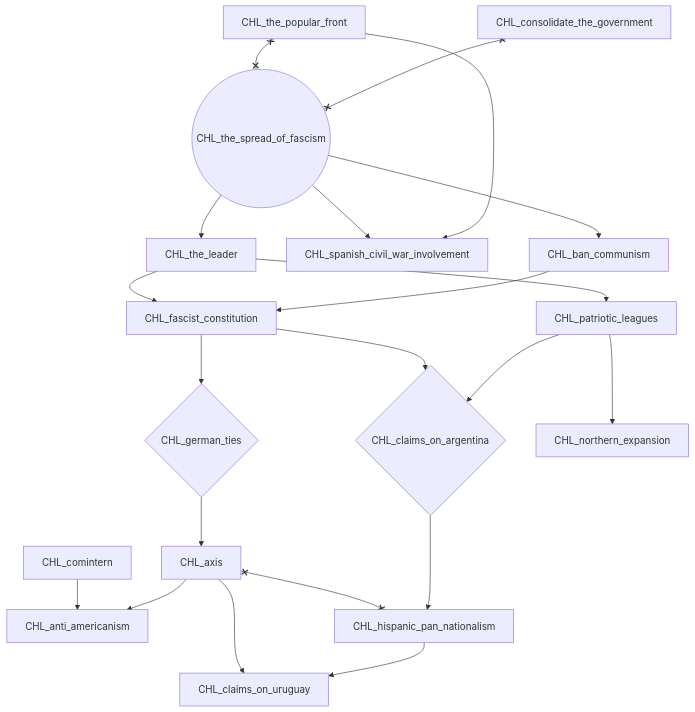
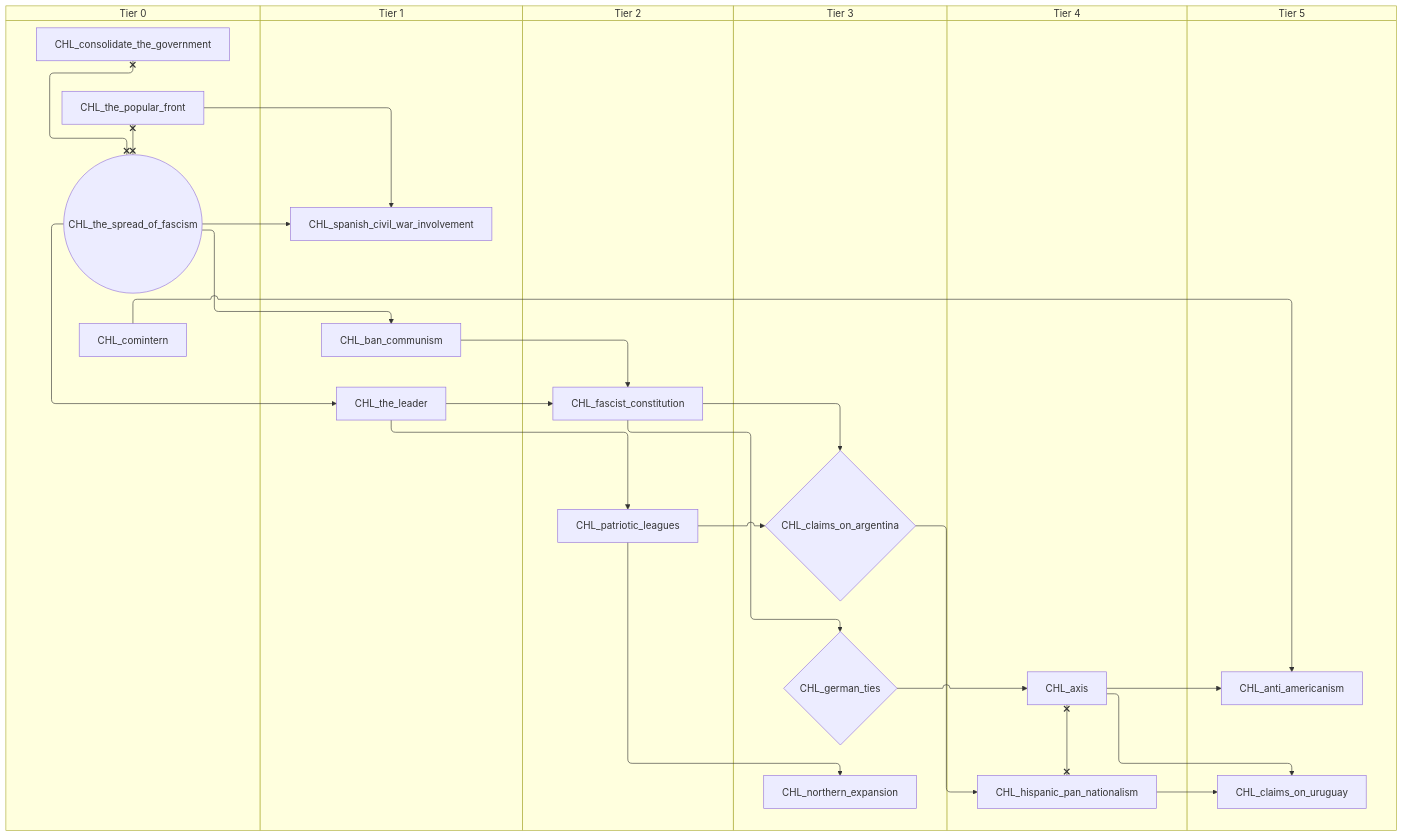
Before and after one commit to evgeny-sobol/hoi4-sandbox-mode-r56: the seventh of 7 diagrams in docs/gdd/National Focuses/r56/r56_chile.md, drawn with Mermaid. The commit also changed other lines of this file and 423 other files, not shown here.

First line of the commit message:
Re-export Rt56 focus trees as swimlane diagrams

````diff
--- a/docs/gdd/National Focuses/r56/r56_chile.md
+++ b/docs/gdd/National Focuses/r56/r56_chile.md
@@ -258,39 +336,51 @@
 ```mermaid
-flowchart TD
-    n65["CHL_anti_americanism"]
-    n66["CHL_axis"]
-    n83["CHL_ban_communism"]
-    n84{"CHL_claims_on_argentina"}
-    n85["CHL_claims_on_uruguay"]
-    n68["CHL_comintern"]
-    n3["CHL_consolidate_the_government"]
-    n86["CHL_fascist_constitution"]
-    n87{"CHL_german_ties"}
-    n88["CHL_hispanic_pan_nationalism"]
-    n89["CHL_northern_expansion"]
-    n90["CHL_patriotic_leagues"]
-    n81["CHL_spanish_civil_war_involvement"]
-    n91["CHL_the_leader"]
-    n11["CHL_the_popular_front"]
-    n12(("CHL_the_spread_of_fascism"))
-    n66 --> n65
-    n68 --> n65
-    n87 --> n66
-    n12 --> n83
-    n90 --> n84
-    n86 --> n84
-    n88 --> n85
-    n66 --> n85
-    n83 --> n86
-    n91 --> n86
+swimlane-beta TD
+    subgraph tier_0["Tier 0"]
+        n73["CHL_comintern"]
+        n1["CHL_consolidate_the_government"]
+        n3["CHL_the_popular_front"]
+        n4(("CHL_the_spread_of_fascism"))
+    end
+    subgraph tier_1["Tier 1"]
+        n83["CHL_ban_communism"]
+        n65["CHL_spanish_civil_war_involvement"]
+        n84["CHL_the_leader"]
+    end
+    subgraph tier_2["Tier 2"]
+        n85["CHL_fascist_constitution"]
+        n86["CHL_patriotic_leagues"]
+    end
+    subgraph tier_3["Tier 3"]
+        n87{"CHL_claims_on_argentina"}
+        n88{"CHL_german_ties"}
+        n89["CHL_northern_expansion"]
+    end
+    subgraph tier_4["Tier 4"]
+        n64["CHL_axis"]
+        n90["CHL_hispanic_pan_nationalism"]
+    end
+    subgraph tier_5["Tier 5"]
+        n75["CHL_anti_americanism"]
+        n91["CHL_claims_on_uruguay"]
+    end
+    n64 --> n75
+    n73 --> n75
+    n88 --> n64
+    n4 --> n83
     n86 --> n87
-    n84 --> n88
-    n90 --> n89
-    n91 --> n90
-    n11 --> n81
-    n12 --> n81
-    n12 --> n91
-    n66 x--x n88
-    n3 x--x n12
-    n11 x--x n12
+    n85 --> n87
+    n90 --> n91
+    n64 --> n91
+    n83 --> n85
+    n84 --> n85
+    n85 --> n88
+    n87 --> n90
+    n86 --> n89
+    n84 --> n86
+    n3 --> n65
+    n4 --> n65
+    n4 --> n84
+    n64 x--x n90
+    n1 x--x n4
+    n3 x--x n4
 ```
````
